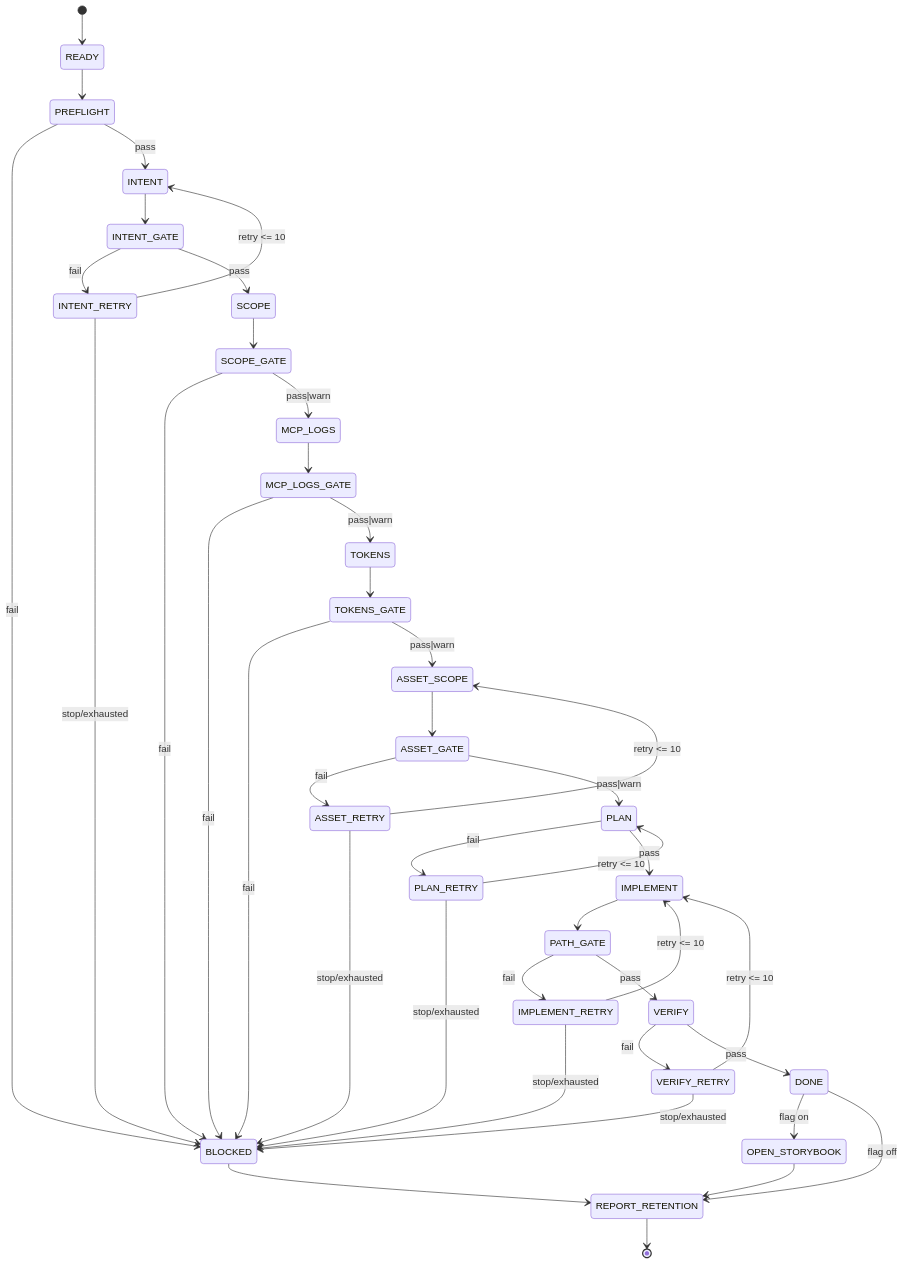
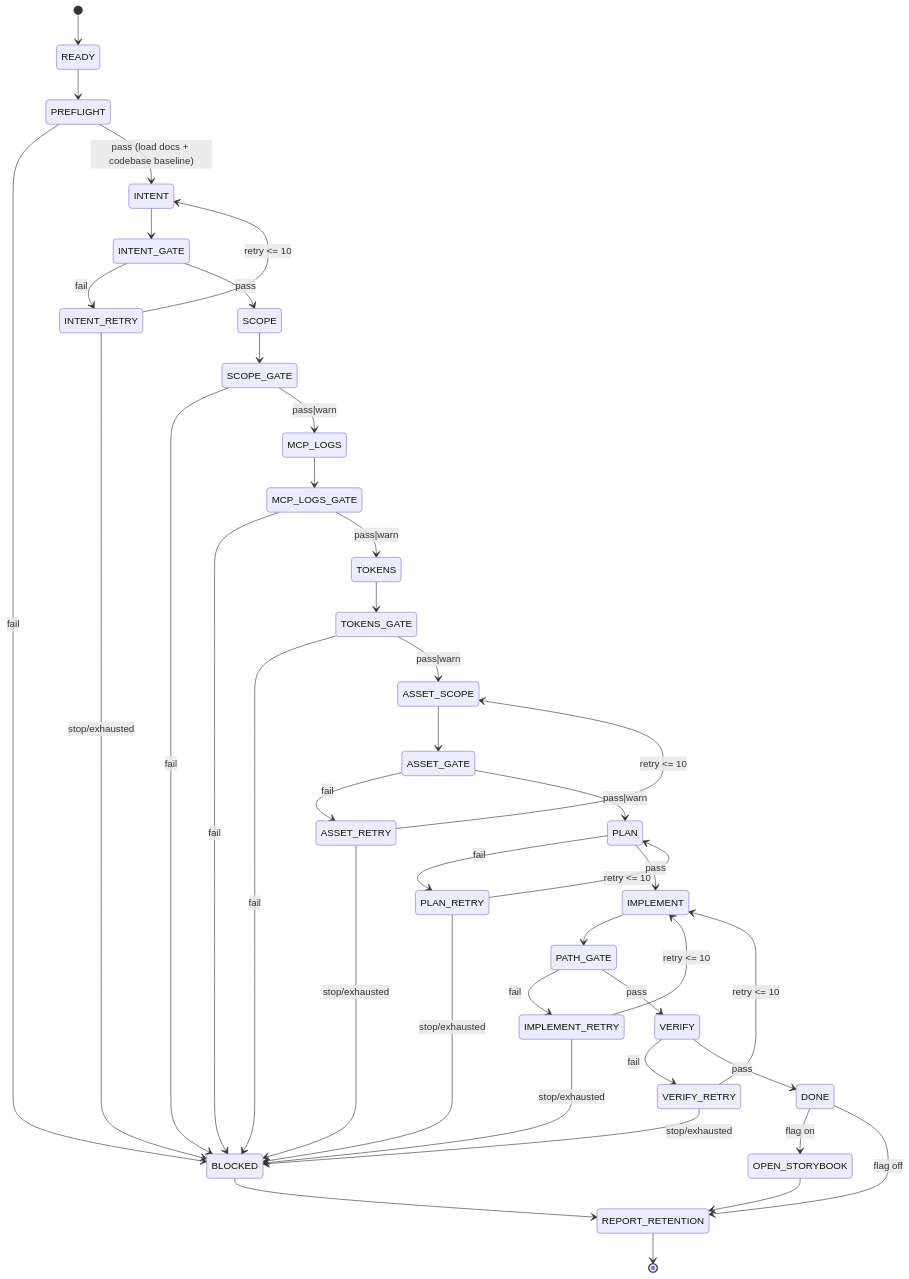
One commit to TEAM-HOUME/HOUME-CLIENT changed the third of 4 diagrams in orchestration/ui-components/README.md. Above: the diagram before and after it, drawn with Mermaid. The commit also changed other lines of this file and 5 other files, not shown here.

````diff
--- a/orchestration/ui-components/README.md
+++ b/orchestration/ui-components/README.md
@@ -241,55 +242,55 @@
 ```mermaid
 stateDiagram-v2
   [*] --> READY
   READY --> PREFLIGHT
 
   PREFLIGHT --> BLOCKED: fail
-  PREFLIGHT --> INTENT: pass
+  PREFLIGHT --> INTENT: pass (load docs + codebase baseline)
 
   INTENT --> INTENT_GATE
   INTENT_GATE --> INTENT_RETRY: fail
   INTENT_RETRY --> INTENT: retry <= 10
   INTENT_RETRY --> BLOCKED: stop/exhausted
   INTENT_GATE --> SCOPE: pass
 
   SCOPE --> SCOPE_GATE
   SCOPE_GATE --> BLOCKED: fail
   SCOPE_GATE --> MCP_LOGS: pass|warn
 
   MCP_LOGS --> MCP_LOGS_GATE
   MCP_LOGS_GATE --> BLOCKED: fail
   MCP_LOGS_GATE --> TOKENS: pass|warn
 
   TOKENS --> TOKENS_GATE
   TOKENS_GATE --> BLOCKED: fail
   TOKENS_GATE --> ASSET_SCOPE: pass|warn
 
   ASSET_SCOPE --> ASSET_GATE
   ASSET_GATE --> ASSET_RETRY: fail
   ASSET_RETRY --> ASSET_SCOPE: retry <= 10
   ASSET_RETRY --> BLOCKED: stop/exhausted
   ASSET_GATE --> PLAN: pass|warn
 
   PLAN --> PLAN_RETRY: fail
   PLAN_RETRY --> PLAN: retry <= 10
   PLAN_RETRY --> BLOCKED: stop/exhausted
   PLAN --> IMPLEMENT: pass
 
   IMPLEMENT --> PATH_GATE
   PATH_GATE --> IMPLEMENT_RETRY: fail
   IMPLEMENT_RETRY --> IMPLEMENT: retry <= 10
   IMPLEMENT_RETRY --> BLOCKED: stop/exhausted
   PATH_GATE --> VERIFY: pass
 
   VERIFY --> VERIFY_RETRY: fail
   VERIFY_RETRY --> IMPLEMENT: retry <= 10
   VERIFY_RETRY --> BLOCKED: stop/exhausted
   VERIFY --> DONE: pass
 
   DONE --> OPEN_STORYBOOK: flag on
   DONE --> REPORT_RETENTION: flag off
   OPEN_STORYBOOK --> REPORT_RETENTION
 
   BLOCKED --> REPORT_RETENTION
   REPORT_RETENTION --> [*]
 ```
````
